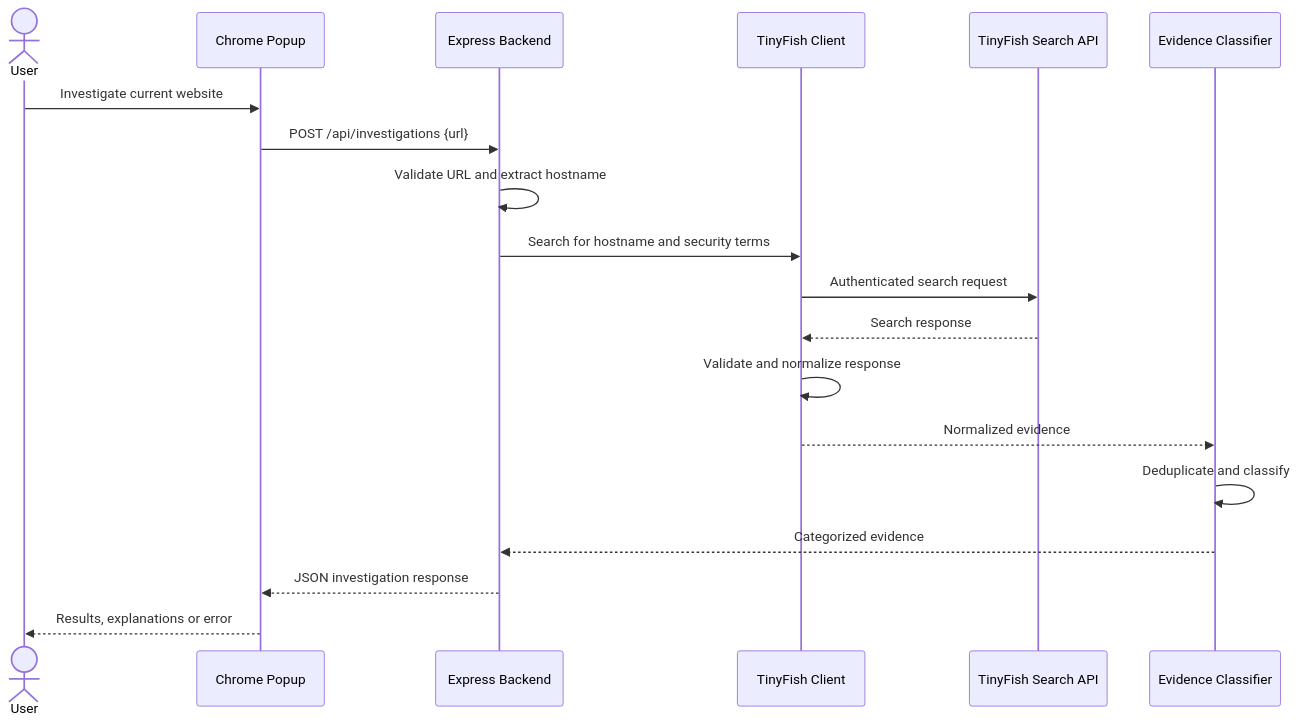
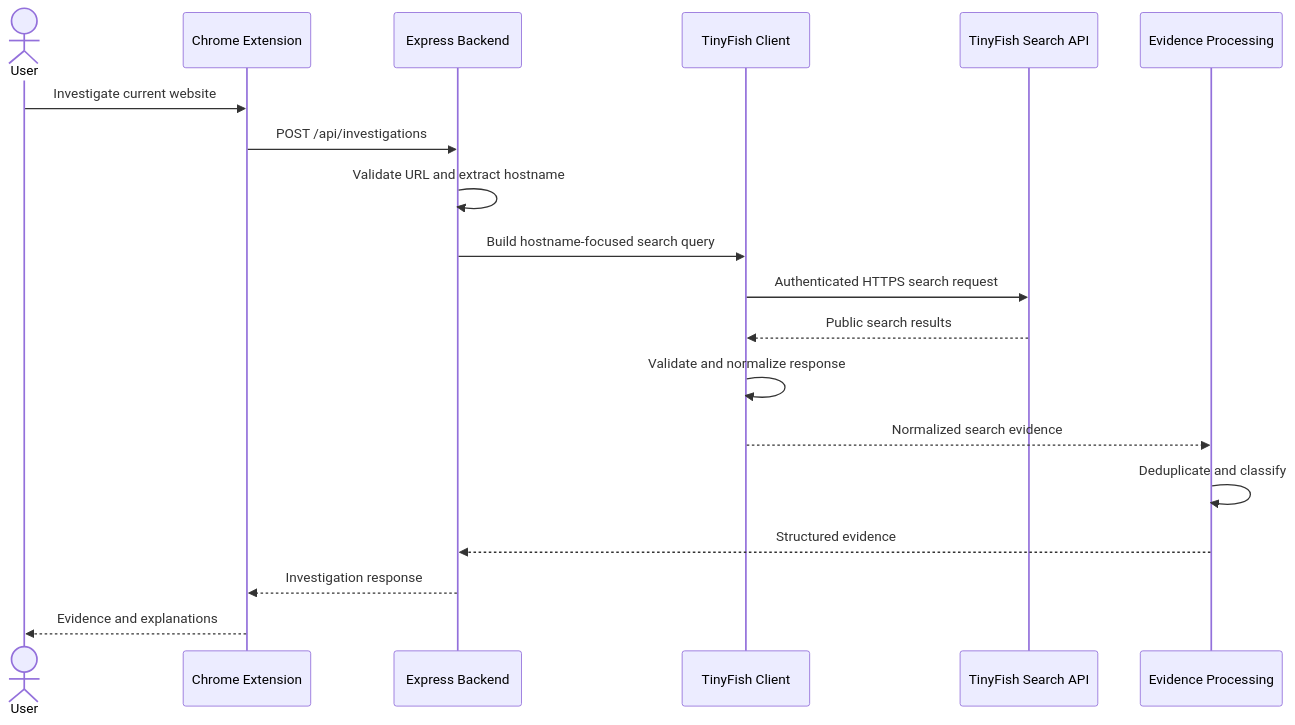
The second of 3 diagrams in README.md (iamjahnvi/ChainShield), drawn with Mermaid before and after one commit. The commit also changed other lines of this file, not shown here.

````diff
--- a/README.md
+++ b/README.md
@@ -134,22 +163,22 @@
 ```mermaid
 sequenceDiagram
     actor User
-    participant Popup as Chrome Popup
+    participant Popup as Chrome Extension
     participant API as Express Backend
-    participant Search as TinyFish Client
-    participant TF as TinyFish Search API
-    participant Classifier as Evidence Classifier
+    participant TFClient as TinyFish Client
+    participant TinyFish as TinyFish Search API
+    participant Classifier as Evidence Processing
 
     User->>Popup: Investigate current website
-    Popup->>API: POST /api/investigations {url}
+    Popup->>API: POST /api/investigations
     API->>API: Validate URL and extract hostname
-    API->>Search: Search for hostname and security terms
-    Search->>TF: Authenticated search request
-    TF-->>Search: Search response
-    Search->>Search: Validate and normalize response
-    Search-->>Classifier: Normalized evidence
+    API->>TFClient: Build hostname-focused search query
+    TFClient->>TinyFish: Authenticated HTTPS search request
+    TinyFish-->>TFClient: Public search results
+    TFClient->>TFClient: Validate and normalize response
+    TFClient-->>Classifier: Normalized search evidence
     Classifier->>Classifier: Deduplicate and classify
-    Classifier-->>API: Categorized evidence
-    API-->>Popup: JSON investigation response
-    Popup-->>User: Results, explanations or error
+    Classifier-->>API: Structured evidence
+    API-->>Popup: Investigation response
+    Popup-->>User: Evidence and explanations
 ```
````
